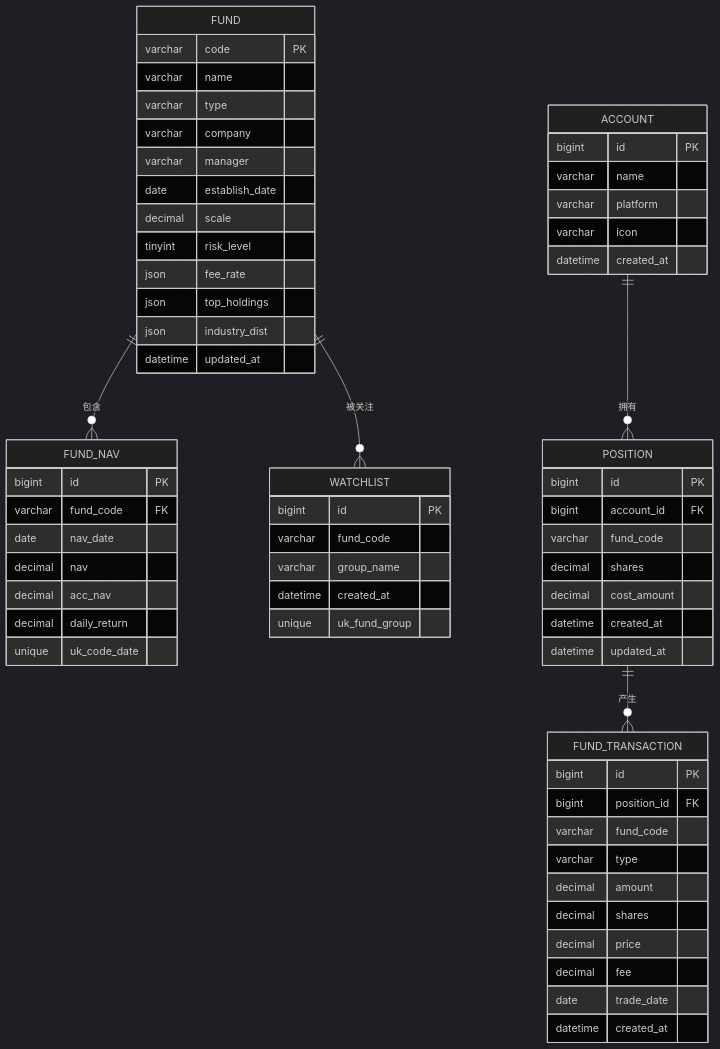
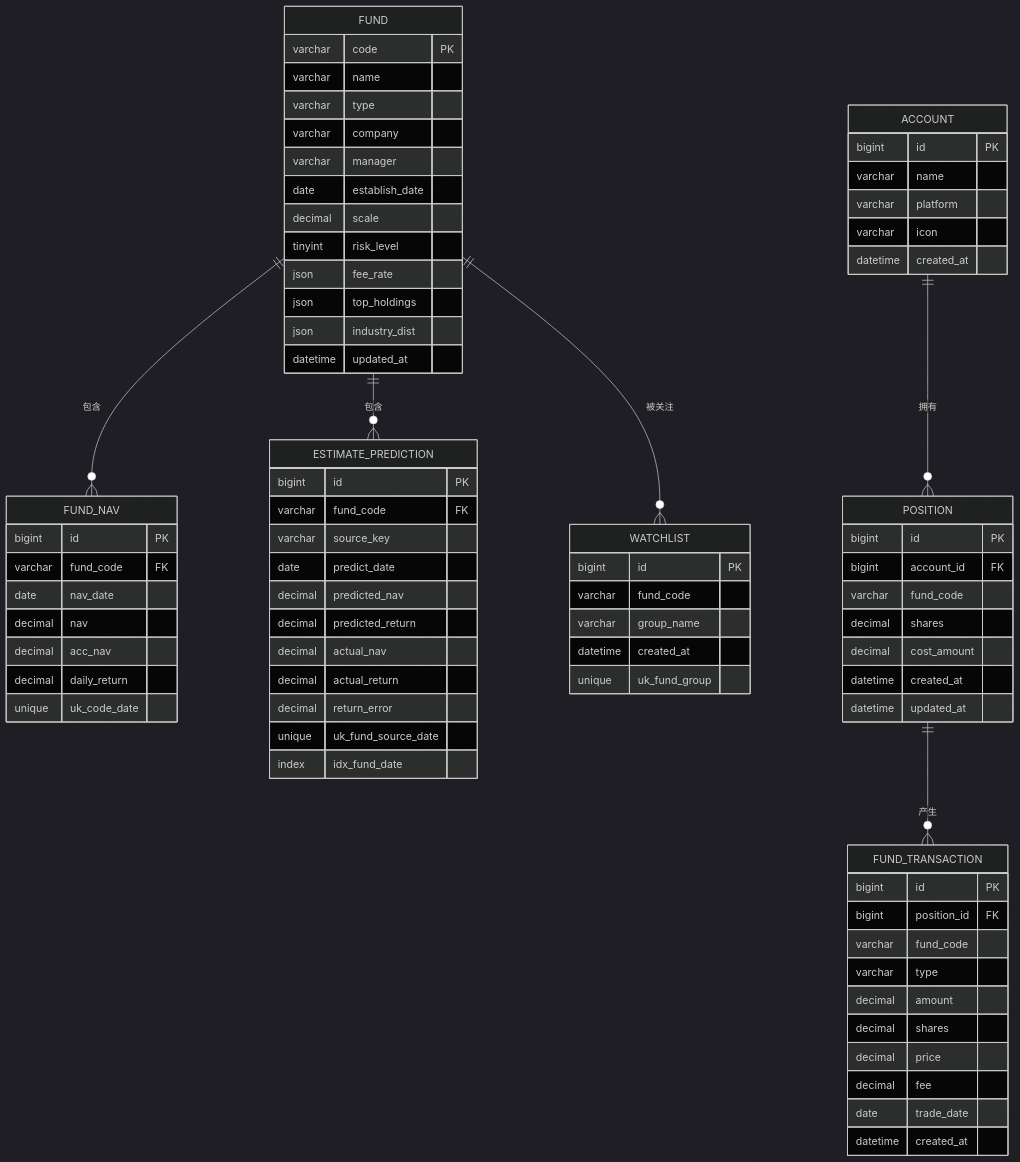
Before and after one commit to gree-coder/fund-butler: diagram 25 of 25 in .qoder/repowiki/zh/content/核心功能开发/FundController增强.md, drawn with Mermaid (dark theme). The commit also changed other lines of this file and 16 other files, not shown here.

````diff
--- a/.qoder/repowiki/zh/content/核心功能开发/FundController增强.md
+++ b/.qoder/repowiki/zh/content/核心功能开发/FundController增强.md
@@ -711,65 +973,79 @@
 ```mermaid
 erDiagram
 FUND {
 varchar code PK
 varchar name
 varchar type
 varchar company
 varchar manager
 date establish_date
 decimal scale
 tinyint risk_level
 json fee_rate
 json top_holdings
 json industry_dist
 datetime updated_at
 }
 FUND_NAV {
 bigint id PK
 varchar fund_code FK
 date nav_date
 decimal nav
 decimal acc_nav
 decimal daily_return
 unique uk_code_date
+}
+ESTIMATE_PREDICTION {
+bigint id PK
+varchar fund_code FK
+varchar source_key
+date predict_date
+decimal predicted_nav
+decimal predicted_return
+decimal actual_nav
+decimal actual_return
+decimal return_error
+unique uk_fund_source_date
+index idx_fund_date
 }
 ACCOUNT {
 bigint id PK
 varchar name
 varchar platform
 varchar icon
 datetime created_at
 }
 POSITION {
 bigint id PK
 bigint account_id FK
 varchar fund_code
 decimal shares
 decimal cost_amount
 datetime created_at
 datetime updated_at
 }
 FUND_TRANSACTION {
 bigint id PK
 bigint position_id FK
 varchar fund_code
 varchar type
 decimal amount
 decimal shares
 decimal price
 decimal fee
 date trade_date
 datetime created_at
 }
 WATCHLIST {
 bigint id PK
 varchar fund_code
 varchar group_name
 datetime created_at
 unique uk_fund_group
 }
 FUND ||--o{ FUND_NAV : "包含"
+FUND ||--o{ ESTIMATE_PREDICTION : "包含"
 ACCOUNT ||--o{ POSITION : "拥有"
 POSITION ||--o{ FUND_TRANSACTION : "产生"
 FUND ||--o{ WATCHLIST : "被关注"
 ```
````
